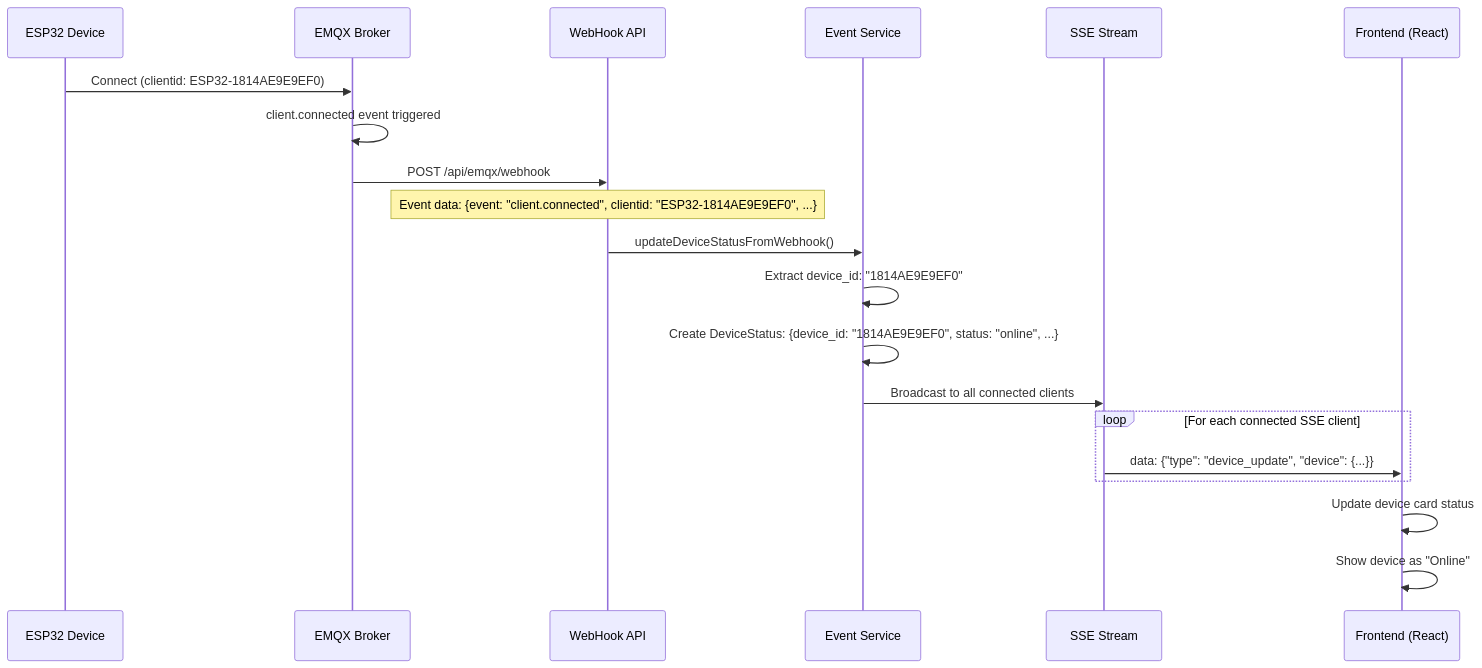
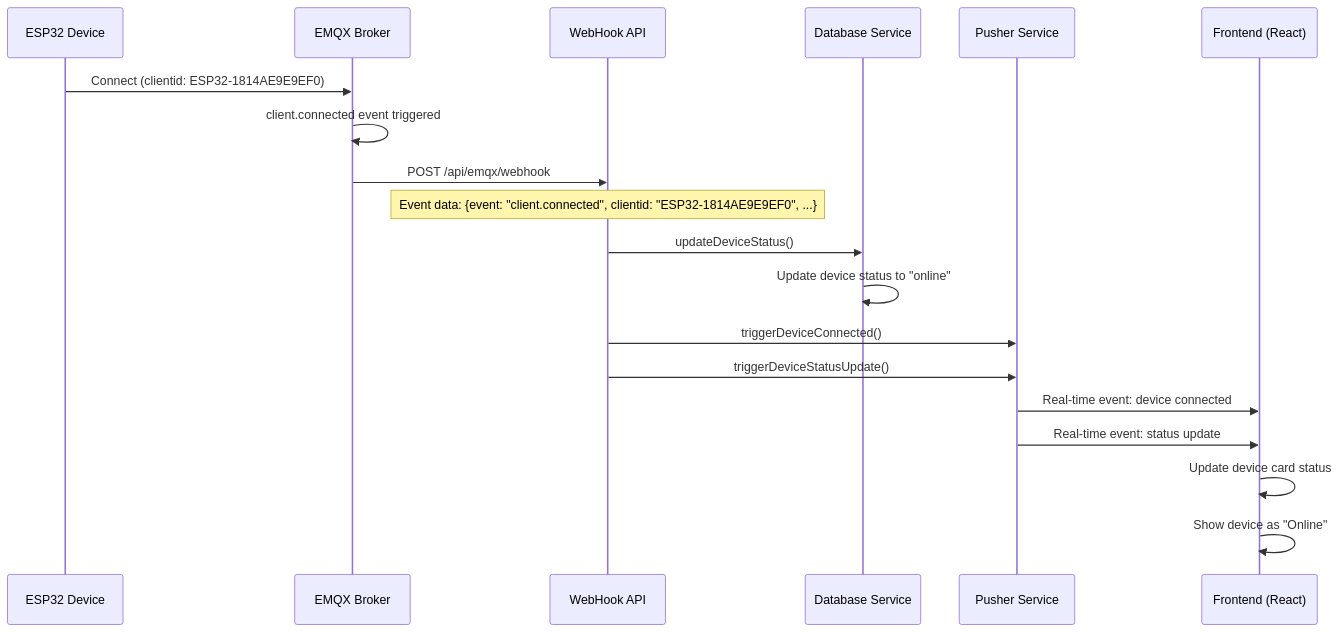
Before and after one commit to Misakaka10086/IoT_Platform: the second of 4 diagrams in web/README.md, drawn with Mermaid. The commit also changed other lines of this file and 19 other files, not shown here.

````diff
--- a/web/README.md
+++ b/web/README.md
@@ -121,26 +145,25 @@
 ```mermaid
 sequenceDiagram
     participant ESP32 as ESP32 Device
     participant EMQX as EMQX Broker
     participant WebHook as WebHook API
-    participant EventService as Event Service
-    participant SSE as SSE Stream
+    participant Database as Database Service
+    participant Pusher as Pusher Service
     participant Frontend as Frontend (React)
 
     ESP32->>EMQX: Connect (clientid: ESP32-1814AE9E9EF0)
     EMQX->>EMQX: client.connected event triggered
     EMQX->>WebHook: POST /api/emqx/webhook
     Note over WebHook: Event data: {event: "client.connected", clientid: "ESP32-1814AE9E9EF0", ...}
     
-    WebHook->>EventService: updateDeviceStatusFromWebhook()
-    EventService->>EventService: Extract device_id: "1814AE9E9EF0"
-    EventService->>EventService: Create DeviceStatus: {device_id: "1814AE9E9EF0", status: "online", ...}
-    EventService->>SSE: Broadcast to all connected clients
+    WebHook->>Database: updateDeviceStatus()
+    Database->>Database: Update device status to "online"
     
-    loop For each connected SSE client
-        SSE->>Frontend: data: {"type": "device_update", "device": {...}}
-    end
+    WebHook->>Pusher: triggerDeviceConnected()
+    WebHook->>Pusher: triggerDeviceStatusUpdate()
+    Pusher->>Frontend: Real-time event: device connected
+    Pusher->>Frontend: Real-time event: status update
     
     Frontend->>Frontend: Update device card status
     Frontend->>Frontend: Show device as "Online"
 ```
````
